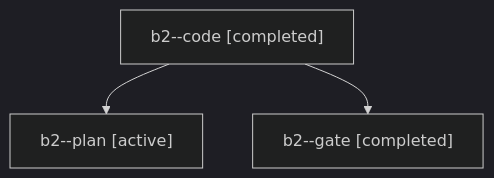
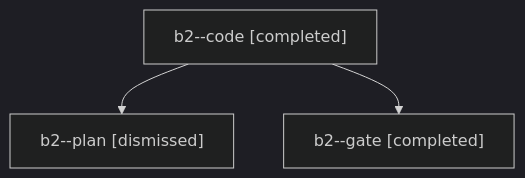
Before and after one commit to bobs-org/bob-cli--agents: the diagram in sessions/bbugyi200.apollo.b2.md, drawn with Mermaid (dark theme). The commit also changed other lines of this file and 31 other files, not shown here.

````diff
--- a/sessions/bbugyi200.apollo.b2.md
+++ b/sessions/bbugyi200.apollo.b2.md
@@ -9,8 +9,8 @@
 ```mermaid
 flowchart TD
   n0["b2--code [completed]"]
-  n1["b2--plan [active]"]
+  n1["b2--plan [dismissed]"]
   n0 --> n1
   n2["b2--gate [completed]"]
   n0 --> n2
 ```
````
